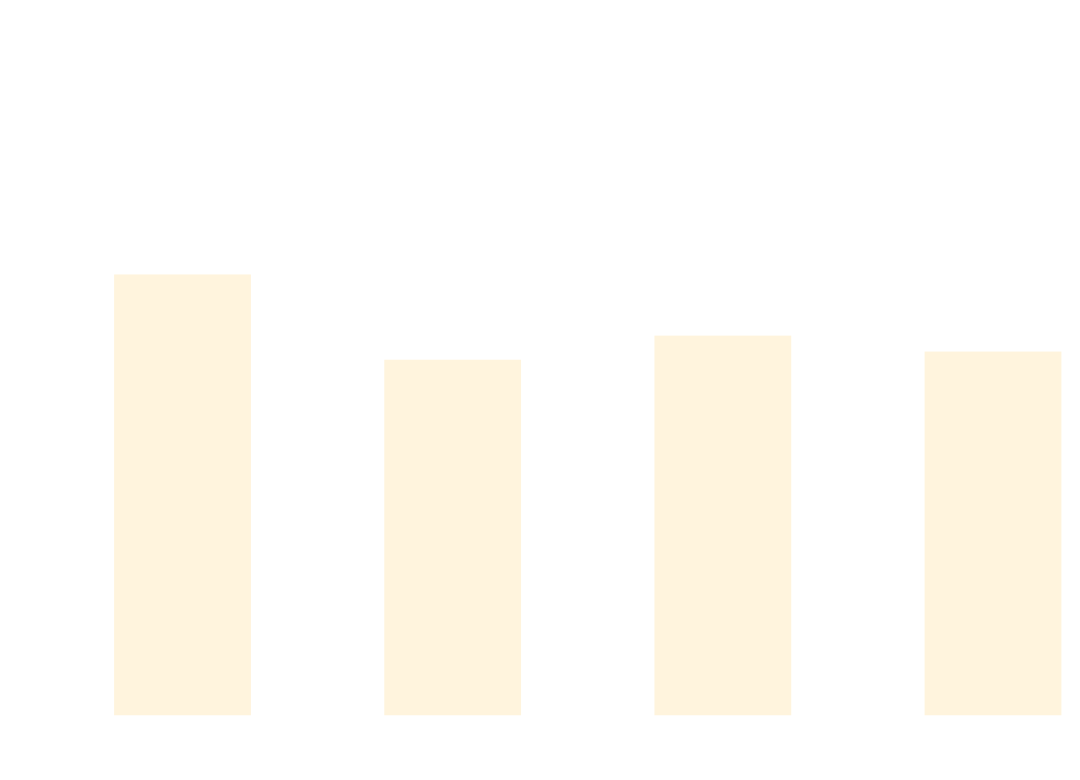
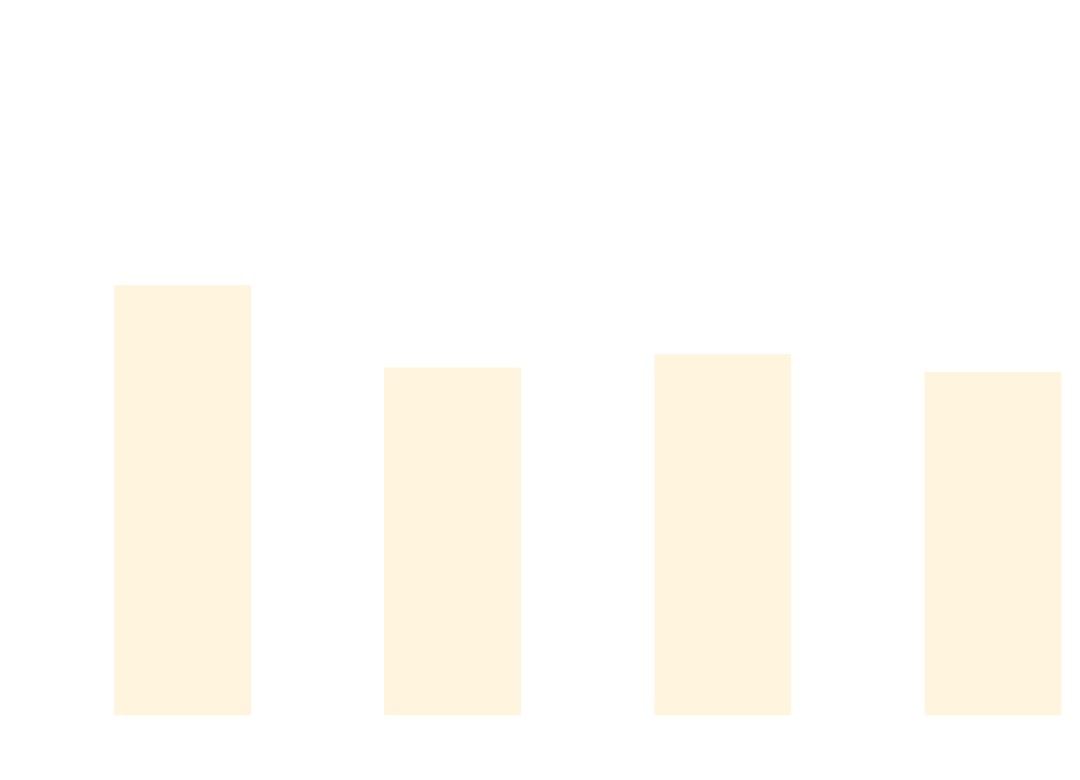
Before and after one commit to thomhurst/TUnit: the diagram in docs/docs/benchmarks/BuildTime.md, drawn with Mermaid. The commit also changed other lines of this file and 17 other files, not shown here.

````diff
--- a/docs/docs/benchmarks/BuildTime.md
+++ b/docs/docs/benchmarks/BuildTime.md
@@ -28,37 +28,37 @@
 ```mermaid
 %%{init: {
   'theme':'base',
   'themeVariables': {
     'primaryColor': '#2563eb',
     'primaryTextColor': '#ffffff',
     'primaryBorderColor': '#1e40af',
     'lineColor': '#6b7280',
     'secondaryColor': '#7c3aed',
     'tertiaryColor': '#dc2626',
     'background': '#ffffff',
     'mainBkg': '#2563eb',
     'secondBkg': '#7c3aed',
     'tertiaryBkg': '#dc2626',
     'clusterBkg': '#f3f4f6',
     'edgeLabelBackground': '#ffffff',
     'tertiaryTextColor': '#1f2937',
     'pie1': '#2563eb',
     'pie2': '#7c3aed',
     'pie3': '#dc2626',
     'pie4': '#f59e0b',
     'pie5': '#10b981',
     'pie6': '#06b6d4',
     'pie7': '#ec4899',
     'pie8': '#6366f1',
     'pie9': '#84cc16',
     'pie10': '#f97316',
     'pie11': '#14b8a6',
     'pie12': '#a855f7'
   }
 }}%%
 xychart-beta
   title "Build Time Comparison"
   x-axis ["Build_TUnit", "Build_NUnit", "Build_MSTest", "Build_xUnit3"]
   y-axis "Time (s)" 0 --> 3
-  bar [2.098, 1.681, 1.799, 1.721]
+  bar [2.046, 1.643, 1.708, 1.621]
 ```
````
